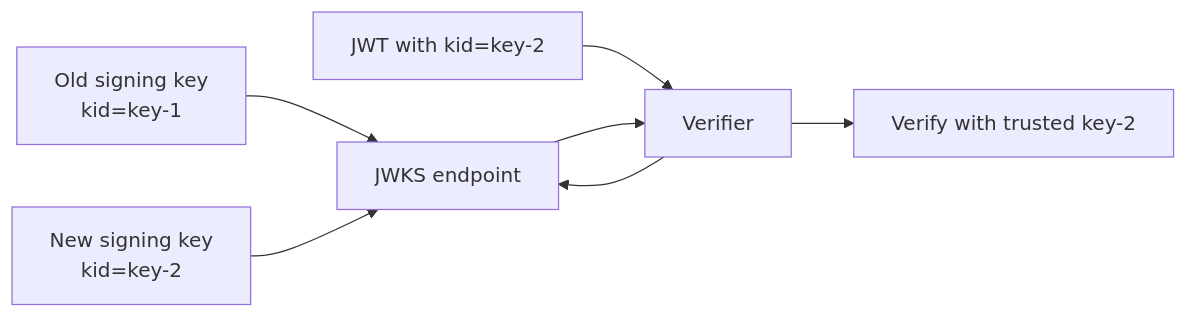
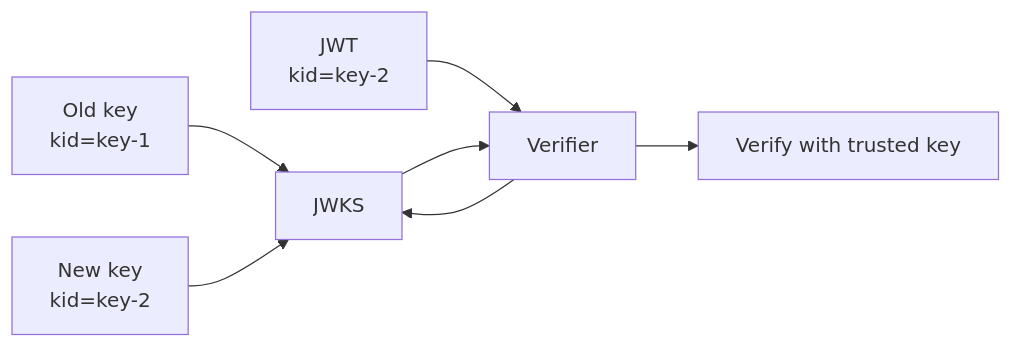
The second of 6 diagrams in src/content/security/jwt-pitfalls.md (AvadhBhalodiya/Interview-Preparation), drawn with Mermaid before and after one commit. The commit also changed other lines of this file and 54 other files, not shown here.

````diff
--- a/src/content/security/jwt-pitfalls.md
+++ b/src/content/security/jwt-pitfalls.md
@@ -269,9 +213,9 @@
 ```mermaid
 flowchart LR
-    K1[Old signing key<br/>kid=key-1] --> JWKS[JWKS endpoint]
-    K2[New signing key<br/>kid=key-2] --> JWKS
-    JWT[JWT with kid=key-2] --> V[Verifier]
+    K1[Old key<br/>kid=key-1] --> JWKS[JWKS]
+    K2[New key<br/>kid=key-2] --> JWKS
+    JWT[JWT<br/>kid=key-2] --> V[Verifier]
     V --> JWKS
     JWKS --> V
-    V --> OK[Verify with trusted key-2]
+    V --> OK[Verify with trusted key]
 ```
````
